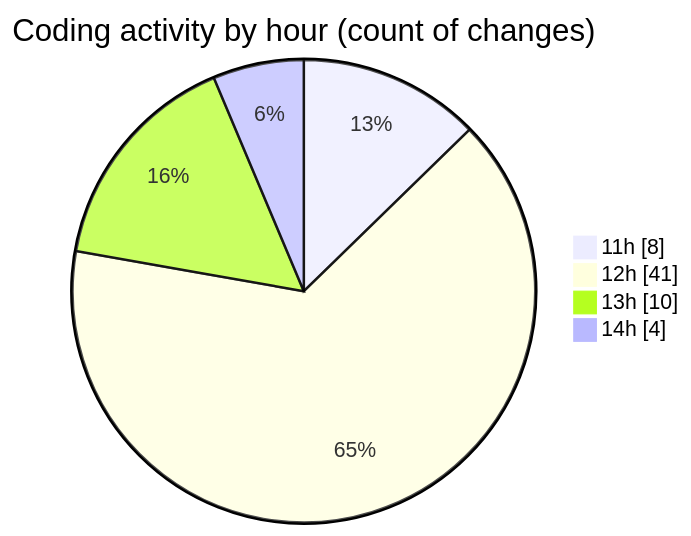
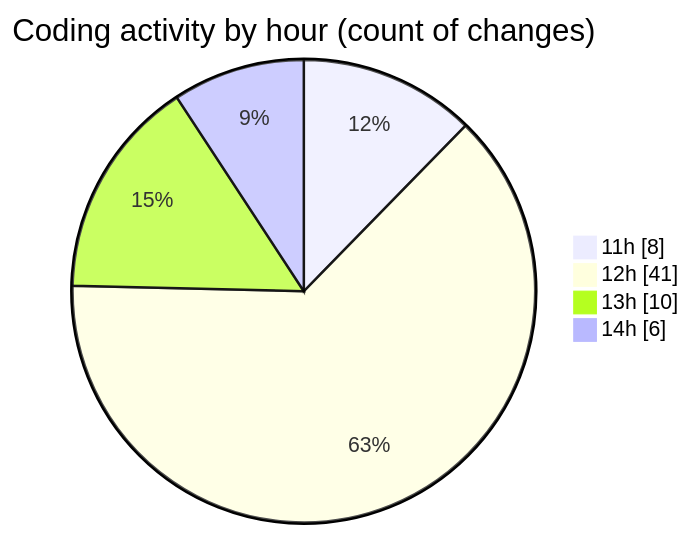
One commit to BS-eng2023/code-tracking changed the second of 2 diagrams in 2025-05-04/project/README.md. Above: the diagram before and after it, drawn with Mermaid. The commit also changed other lines of this file and 1 other file, not shown here.

````diff
--- a/2025-05-04/project/README.md
+++ b/2025-05-04/project/README.md
@@ -46,8 +46,8 @@
 ```mermaid
 pie showData
 title Coding activity by hour (count of changes)
 "11h" : 8
 "12h" : 41
 "13h" : 10
-"14h" : 4
+"14h" : 6
 ```
````
